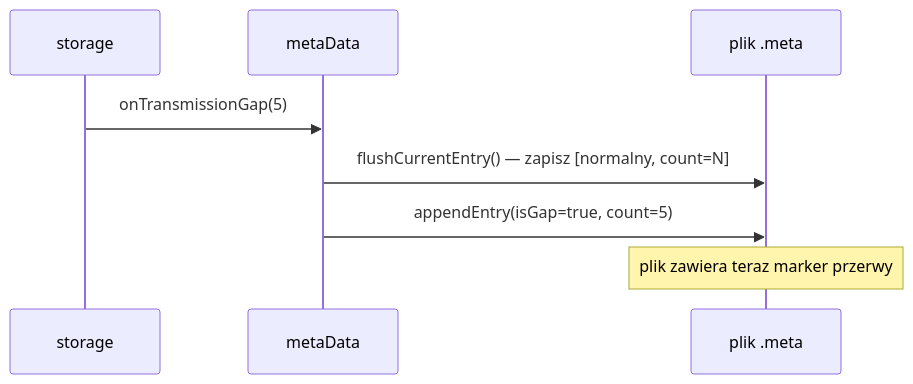
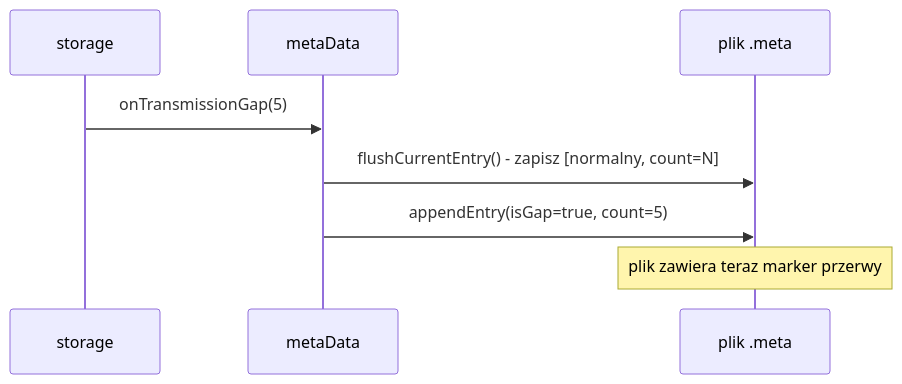
The second of 9 diagrams in architektura-systemu-przetwarzania-danych/format-zapisu-danych/pliki.md (michalwidera/dokumentacja-rdb), drawn with Mermaid before and after one commit. The commit also changed other lines of this file and 61 other files, not shown here.

````diff
--- a/architektura-systemu-przetwarzania-danych/format-zapisu-danych/pliki.md
+++ b/architektura-systemu-przetwarzania-danych/format-zapisu-danych/pliki.md
@@ -364,11 +364,11 @@
 ```mermaid
 sequenceDiagram
     participant S as storage
     participant M as metaData
     participant F as plik .meta
 
     S->>M: onTransmissionGap(5)
-    M->>F: flushCurrentEntry() — zapisz [normalny, count=N]
+    M->>F: flushCurrentEntry() - zapisz [normalny, count=N]
     M->>F: appendEntry(isGap=true, count=5)
     Note over F: plik zawiera teraz marker przerwy
 ```
````
